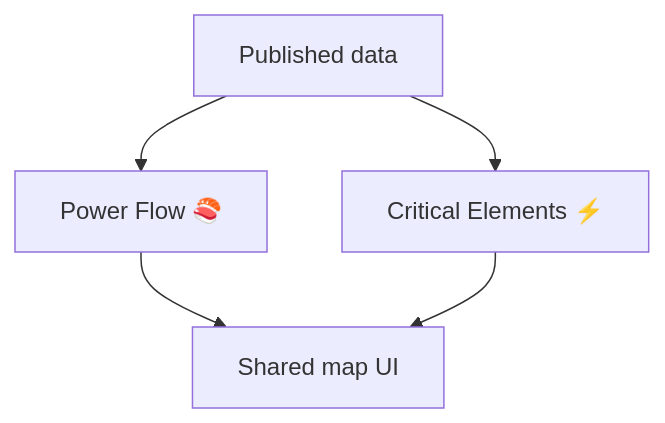
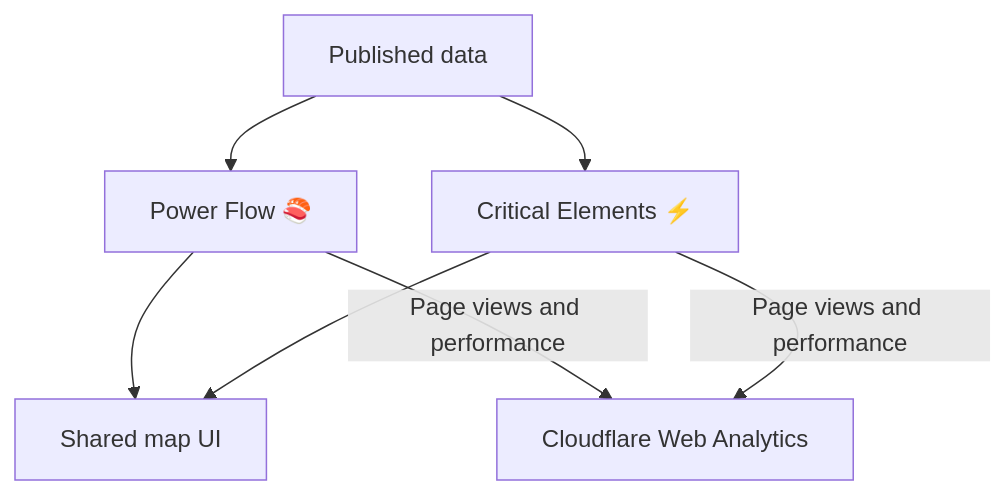
Before and after one commit to zoltanmaric/coppersushi: the diagram in coppersushi/frontend/README.md, drawn with Mermaid. The commit also changed other lines of this file and 6 other files, not shown here.

Commit message:
Add Cloudflare Web Analytics to production app shells

````diff
--- a/coppersushi/frontend/README.md
+++ b/coppersushi/frontend/README.md
@@ -10,11 +10,13 @@
 ```mermaid
 flowchart TB
   data["Published data"]
   data --> powerflow["Power Flow 🍣"]
   data --> cnec["Critical Elements ⚡️"]
   powerflow --> shared["Shared map UI"]
   cnec --> shared
+  powerflow -->|Page views and performance| analytics["Cloudflare Web Analytics"]
+  cnec -->|Page views and performance| analytics
   click powerflow "https://github.com/zoltanmaric/coppersushi/tree/main/coppersushi/frontend/pages/powerflow/README.md"
   click cnec "https://github.com/zoltanmaric/coppersushi/tree/main/coppersushi/frontend/pages/cnec/README.md"
   click shared "https://github.com/zoltanmaric/coppersushi/tree/main/coppersushi/frontend/map/README.md"
 ```
````
